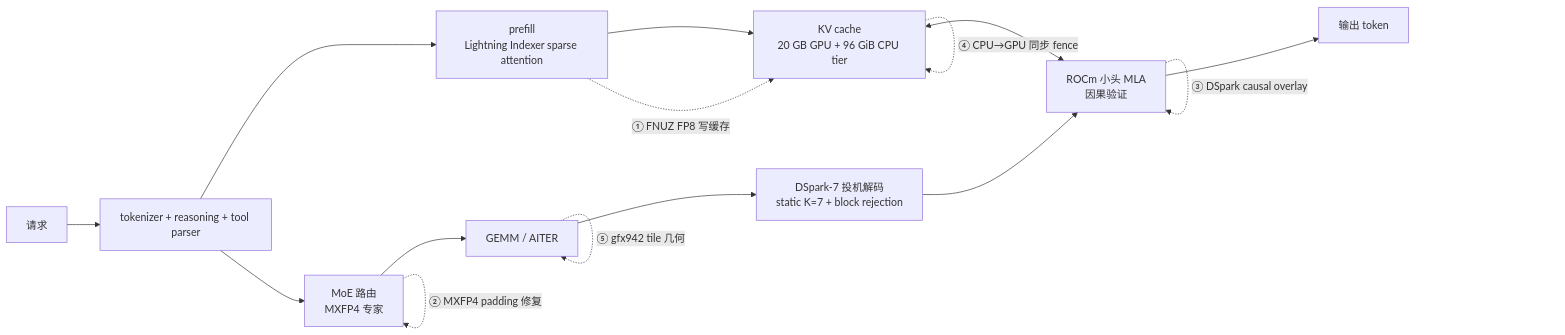
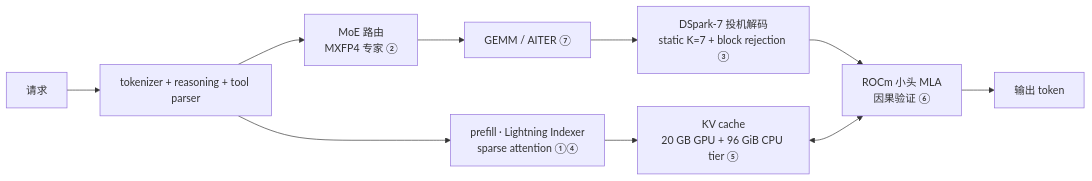
The diagram in content/posts/tech/deepseek-v4-flash-mi300x-amd-deployment-2026/index.md (A1pha3/text-matrix), drawn with Mermaid before and after one commit. The commit also changed other lines of this file and 2 other files, not shown here.

````diff
--- a/content/posts/tech/deepseek-v4-flash-mi300x-amd-deployment-2026/index.md
+++ b/content/posts/tech/deepseek-v4-flash-mi300x-amd-deployment-2026/index.md
@@ -34,17 +34,12 @@
 ```mermaid
 flowchart LR
-    Q[请求] --> IN[tokenizer + reasoning + tool parser]
-    IN --> PF[prefill<br/>Lightning Indexer sparse attention]
-    PF --> KV[KV cache<br/>20 GB GPU + 96 GiB CPU tier]
-    IN --> RT[MoE 路由<br/>MXFP4 专家]
-    RT --> GE[GEMM / AITER]
-    GE --> DS[DSpark-7 投机解码<br/>static K=7 + block rejection]
-    DS --> CA[ROCm 小头 MLA<br/>因果验证]
-    CA --> O[输出 token]
+    Q["请求"] --> IN["tokenizer + reasoning + tool parser"]
+    IN --> PF["prefill · Lightning Indexer<br/>sparse attention ①④"]
+    PF --> KV["KV cache<br/>20 GB GPU + 96 GiB CPU tier ⑤"]
+    IN --> RT["MoE 路由<br/>MXFP4 专家 ②"]
+    RT --> GE["GEMM / AITER ⑦"]
+    GE --> DS["DSpark-7 投机解码<br/>static K=7 + block rejection ③"]
+    DS --> CA["ROCm 小头 MLA<br/>因果验证 ⑥"]
+    CA --> O["输出 token"]
     KV <--> CA
-    PF -. ① FNUZ FP8 写缓存 .-> KV
-    RT -. ② MXFP4 padding 修复 .-> RT
-    CA -. ③ DSpark causal overlay .-> CA
-    KV -. ④ CPU→GPU 同步 fence .-> KV
-    GE -. ⑤ gfx942 tile 几何 .-> GE
 ```
````
